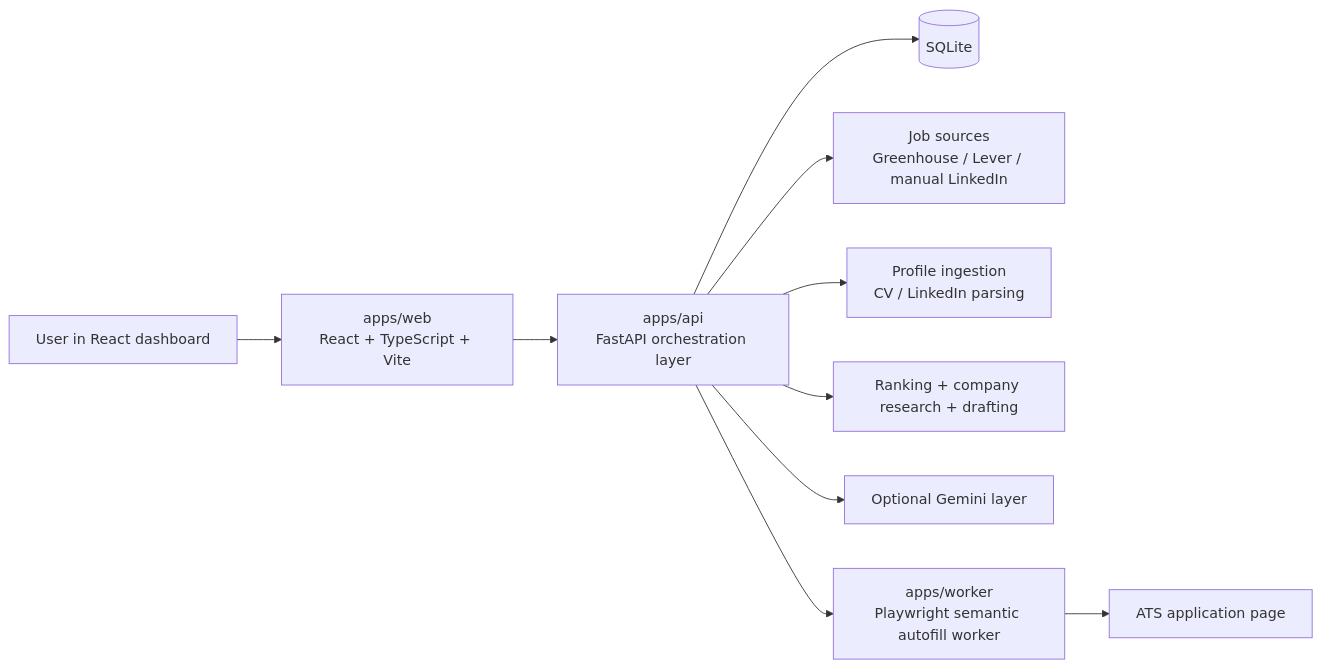
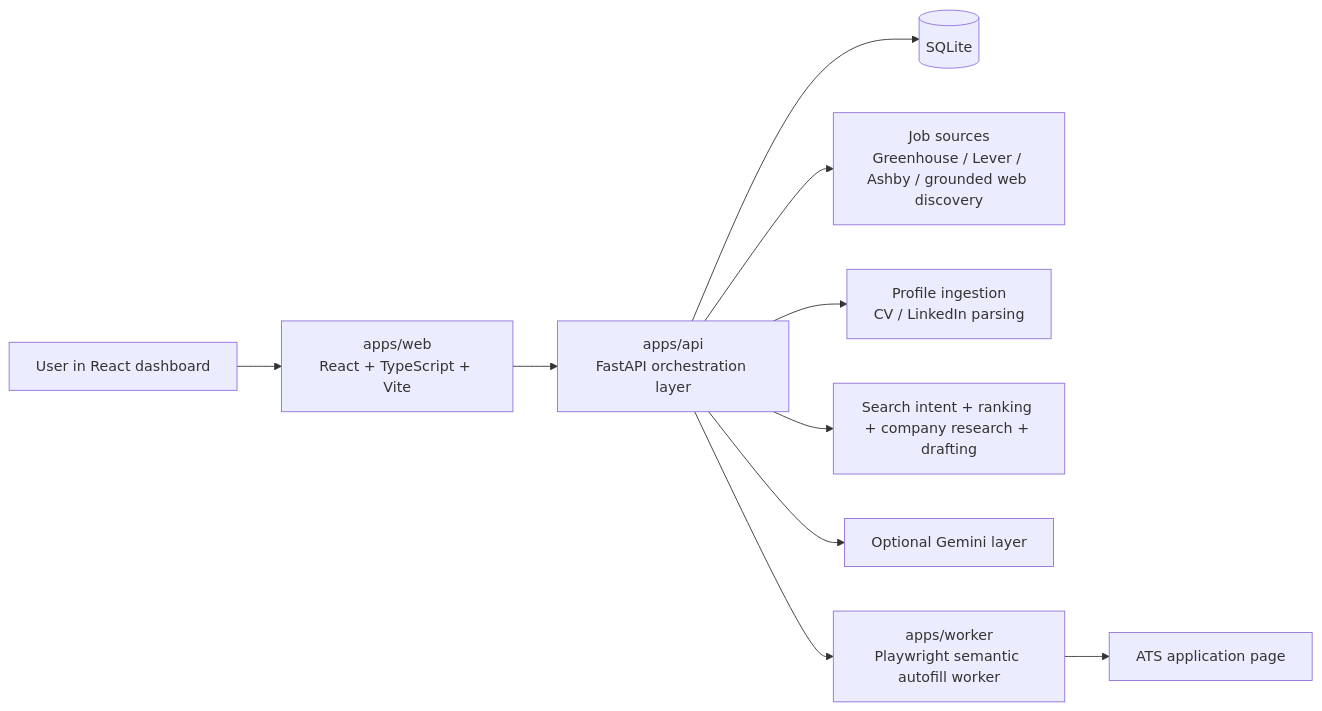
Before and after one commit to Paul-UK/job_hunter_agent: the diagram in README.md, drawn with Mermaid. The commit also changed other lines of this file, not shown here.

First line of the commit message:
Refresh README for the current discovery workflow.

````diff
--- a/README.md
+++ b/README.md
@@ -23,23 +24,23 @@
 ```mermaid
 flowchart LR
     U[User in React dashboard]
     W[apps/web<br/>React + TypeScript + Vite]
     A[apps/api<br/>FastAPI orchestration layer]
     DB[(SQLite)]
-    SRC[Job sources<br/>Greenhouse / Lever / manual LinkedIn]
+    SRC[Job sources<br/>Greenhouse / Lever / Ashby / grounded web discovery]
     PROF[Profile ingestion<br/>CV / LinkedIn parsing]
-    MATCH[Ranking + company research + drafting]
+    MATCH[Search intent + ranking + company research + drafting]
     LLM[Optional Gemini layer]
     WORKER[apps/worker<br/>Playwright semantic autofill worker]
     ATS[ATS application page]
 
     U --> W
     W --> A
     A --> DB
     A --> SRC
     A --> PROF
     A --> MATCH
     A --> LLM
     A --> WORKER
     WORKER --> ATS
 ```
````
